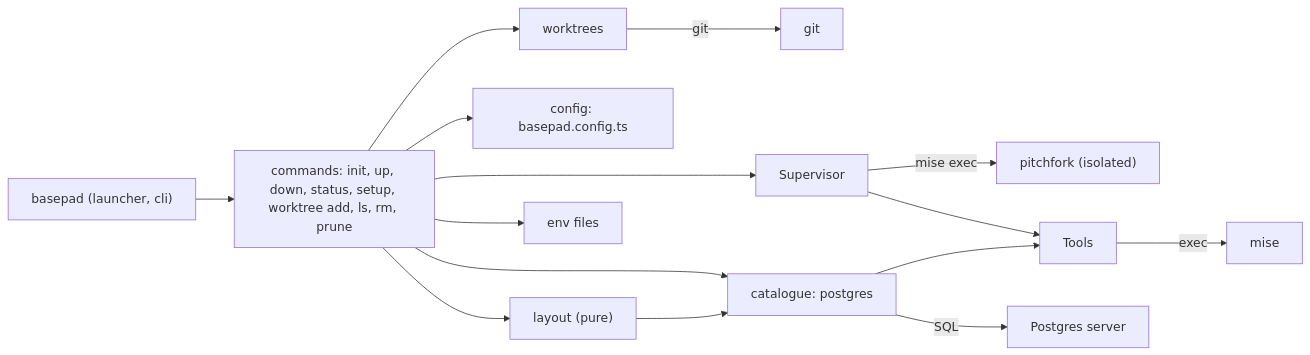
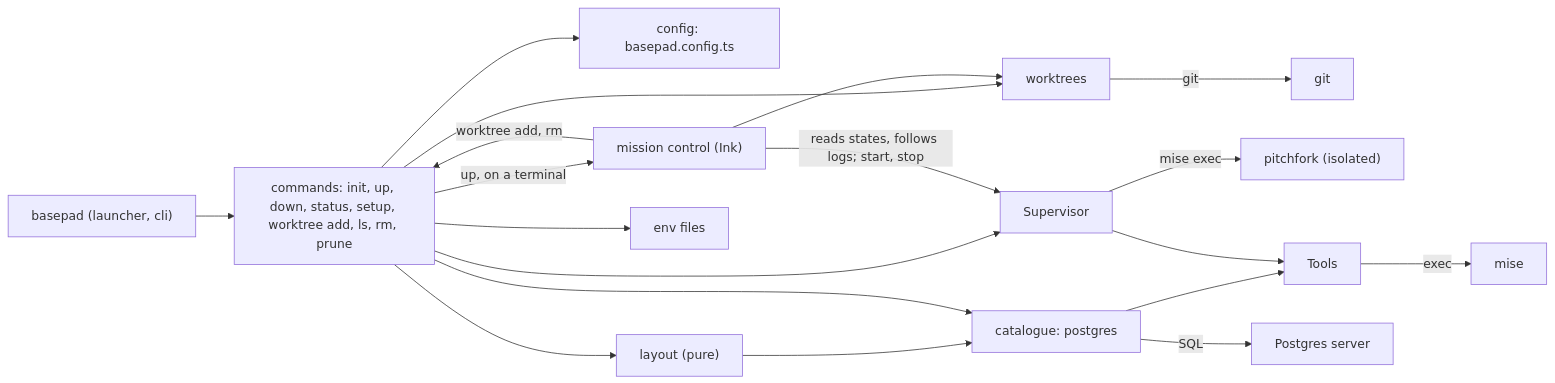
The diagram in docs/feature-map.md (Aysnc-Labs/basepad), drawn with Mermaid before and after one commit. The commit also changed other lines of this file and 23 other files, not shown here.

First line of the commit message:
basepad Mission control: release 3 of the redesign (#33)

````diff
--- a/docs/feature-map.md
+++ b/docs/feature-map.md
@@ -12,17 +12,21 @@
 ```mermaid
 flowchart LR
   CLI["basepad (launcher, cli)"] --> Commands["commands: init, up, down, status, setup, worktree add, ls, rm, prune"]
   Commands --> Worktrees["worktrees"]
   Worktrees -- "git" --> Git["git"]
   Commands --> Config["config: basepad.config.ts"]
   Commands --> Layout["layout (pure)"]
   Layout --> Catalogue
   Commands --> Catalogue["catalogue: postgres"]
   Commands --> Supervisor
+  Commands -- "up, on a terminal" --> MissionControl["mission control (Ink)"]
+  MissionControl -- "reads states, follows logs; start, stop" --> Supervisor
+  MissionControl --> Worktrees
+  MissionControl -- "worktree add, rm" --> Commands
   Commands --> EnvFiles["env files"]
   Supervisor -- "mise exec" --> Pitchfork["pitchfork (isolated)"]
   Catalogue --> Tools
   Supervisor --> Tools
   Tools -- "exec" --> Mise["mise"]
   Catalogue -- "SQL" --> Postgres["Postgres server"]
 ```
````
